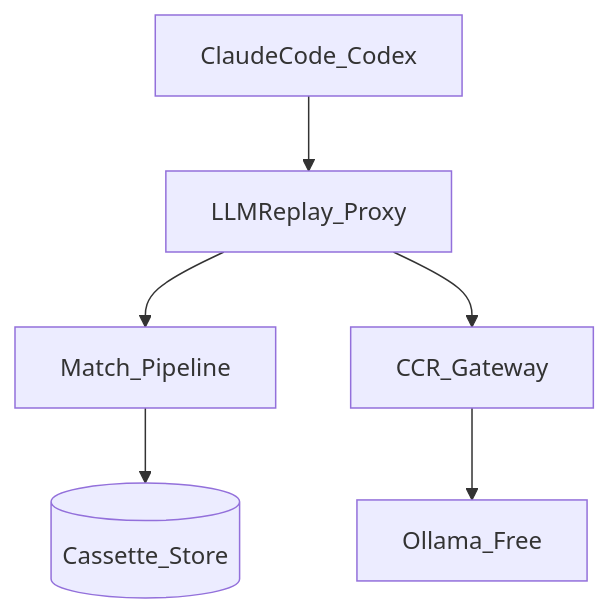
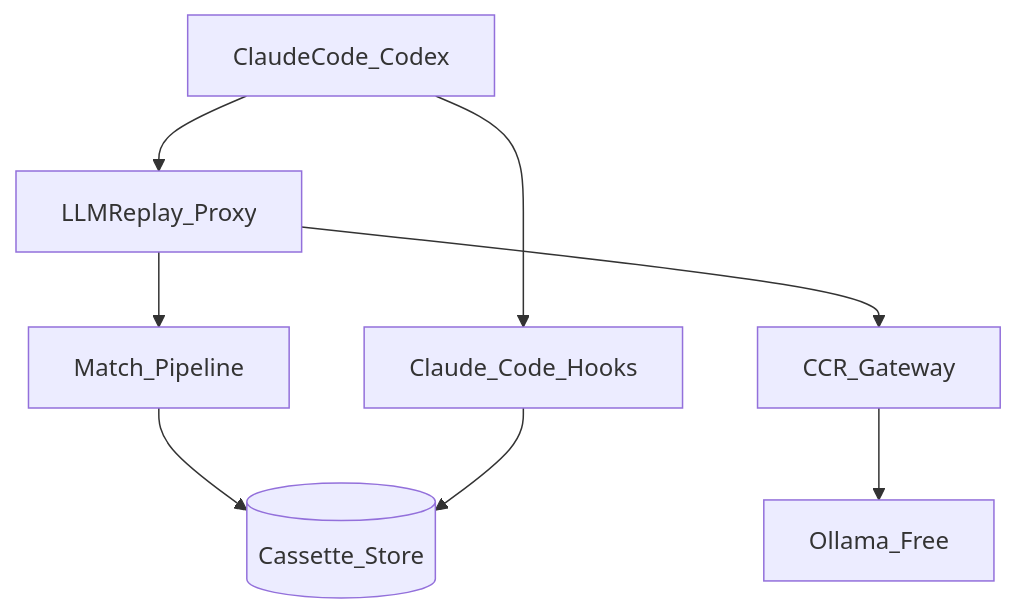
One commit to dmallya93/llmreplay changed the first of 2 diagrams in DESIGN.md. Above: the diagram before and after it, drawn with Mermaid. The commit also changed other lines of this file and 8 other files, not shown here.

First line of the commit message:
docs: replace progress tracker with architecture and usage

````diff
--- a/DESIGN.md
+++ b/DESIGN.md
@@ -70,8 +11,10 @@
 ```mermaid
 flowchart TD
   Agents[ClaudeCode_Codex] --> LR[LLMReplay_Proxy]
   LR --> Pipeline[Match_Pipeline]
   LR --> CCR[CCR_Gateway]
   CCR --> Ollama[Ollama_Free]
   Pipeline --> Cassette[(Cassette_Store)]
+  Agents --> Hooks[Claude_Code_Hooks]
+  Hooks --> Cassette
 ```
````
